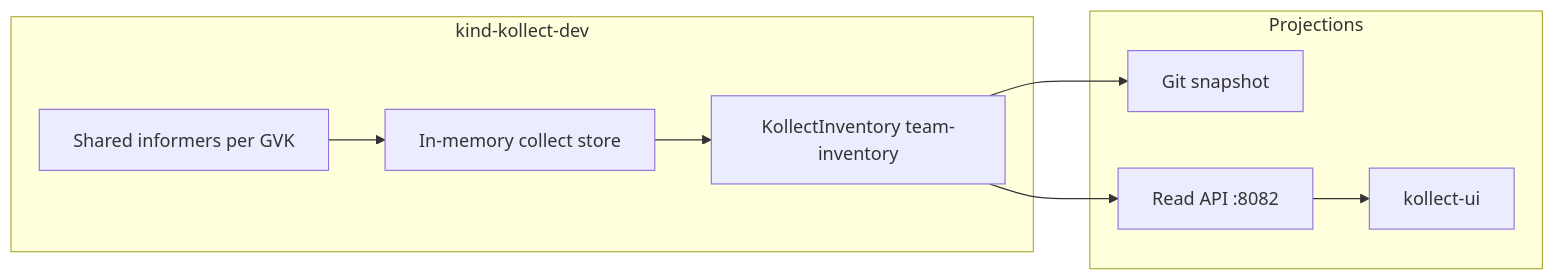
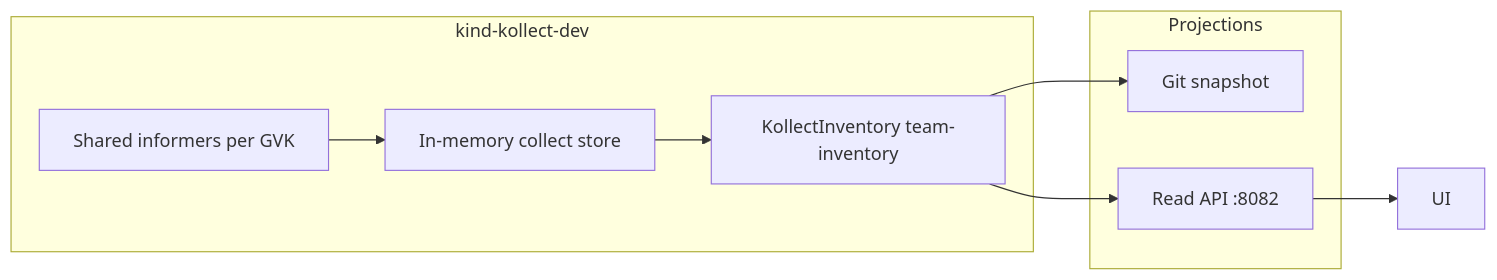
One commit to PlatformRelay/Kollect changed the diagram in hack/demo/kind-wide-scope/README.md. Above: the diagram before and after it, drawn with Mermaid. The commit also changed other lines of this file and 117 other files, not shown here.

````diff
--- a/hack/demo/kind-wide-scope/README.md
+++ b/hack/demo/kind-wide-scope/README.md
@@ -61,17 +61,16 @@
 ```mermaid
 flowchart LR
   subgraph cluster [kind-kollect-dev]
     INF[Shared informers per GVK]
     STORE[In-memory collect store]
     INV[KollectInventory team-inventory]
     INF --> STORE --> INV
   end
   subgraph sinks [Projections]
     GIT[Git snapshot]
-    UI[kollect-ui]
     HTTP[Read API :8082]
   end
   INV --> GIT
   INV --> HTTP
   HTTP --> UI
 ```
````
